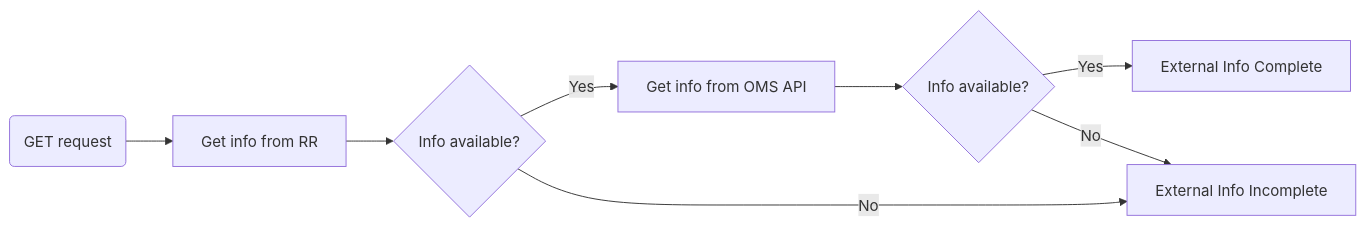
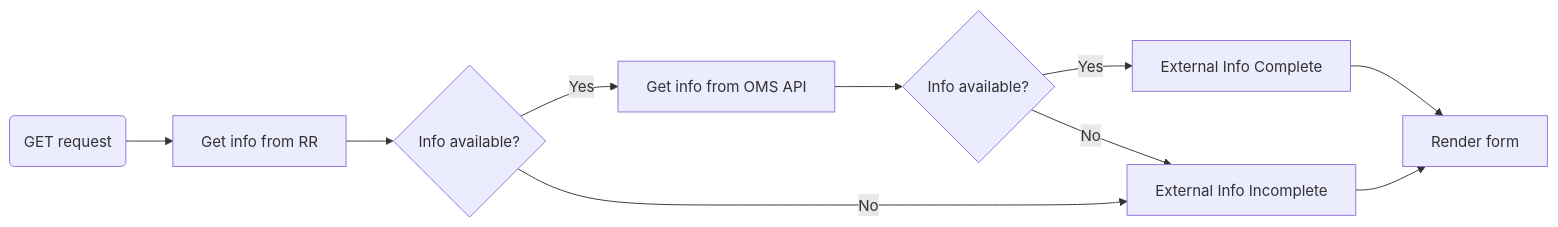
Before and after one commit to CMSTrackerDPG/cms-tkdpg-software-knowledge-transfer: the diagram in docs/certhelper/apps/certifier/views/certify.md, drawn with Mermaid.

Commit message:
flowchart

````diff
--- a/docs/certhelper/apps/certifier/views/certify.md
+++ b/docs/certhelper/apps/certifier/views/certify.md
@@ -74,10 +74,12 @@
 ```mermaid
 flowchart LR
 get(GET request) --> get_rr[Get info from RR]
 get_rr --> info_rr{Info available?}
 info_rr -- "Yes" --> get_oms[Get info from OMS API]
 get_oms --> info_oms{Info available?}
 info_oms -- "Yes" --> ext_info_true[External Info Complete]
 info_oms -- "No" --> ext_info_false[External Info Incomplete]
 info_rr -- "No" --> ext_info_false
+ext_info_true --> render[Render form]
+ext_info_false --> render
 ```
````
